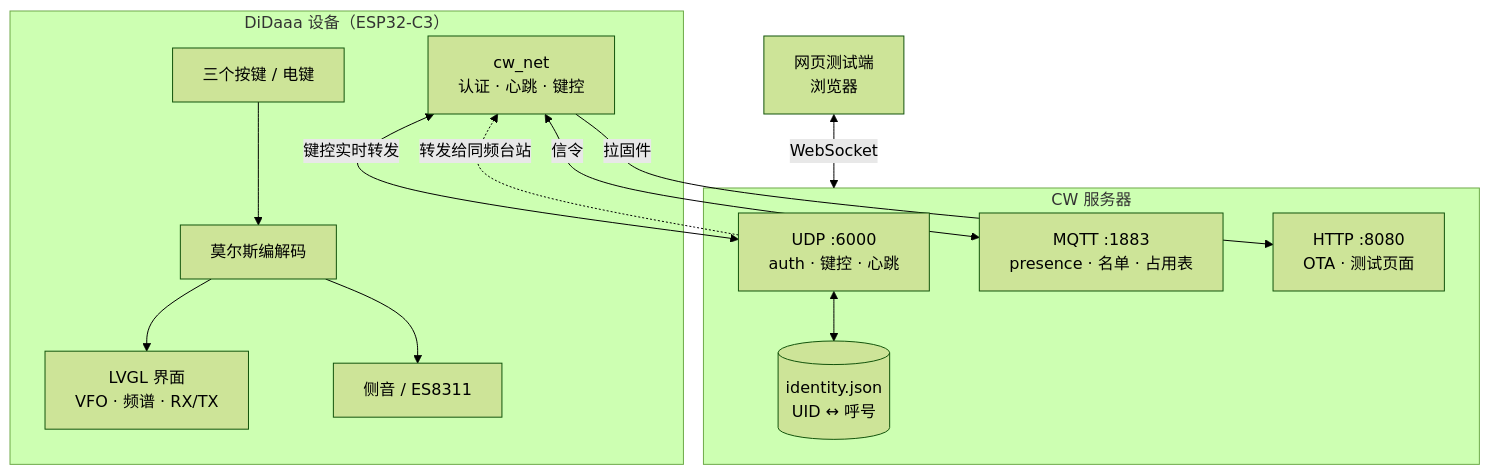
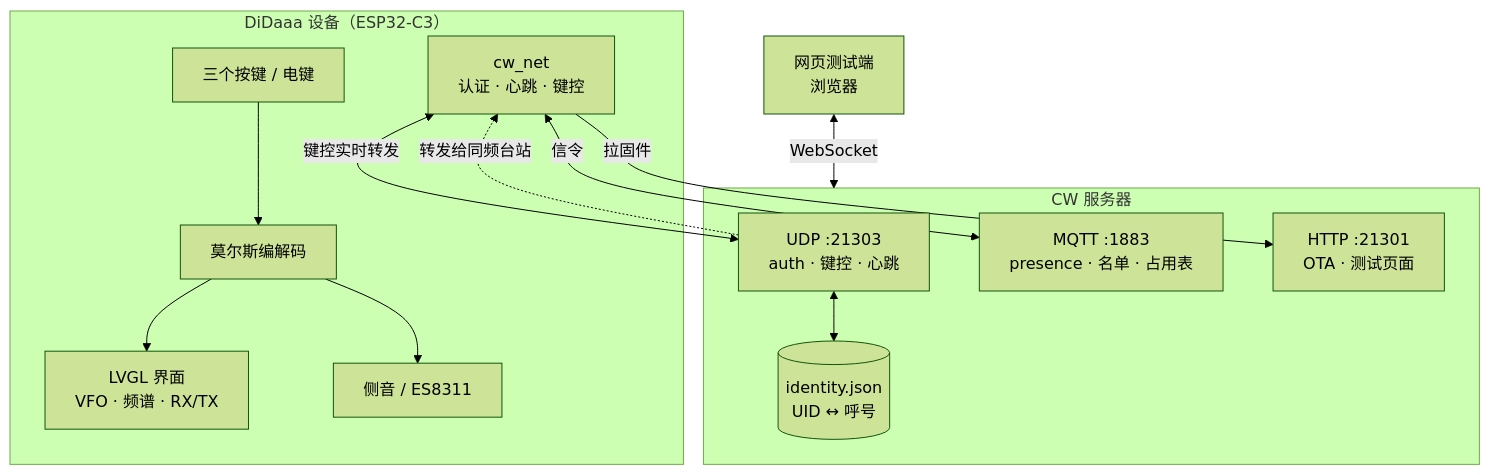
One commit to subooku/didaaa changed the second of 2 diagrams in README.md. Above: the diagram before and after it, drawn with Mermaid (forest theme). The commit also changed other lines of this file and 17 other files, not shown here.

````diff
--- a/README.md
+++ b/README.md
@@ -254,27 +254,27 @@
 ```mermaid
 flowchart TB
     subgraph DEV["DiDaaa 设备（ESP32-C3）"]
         KEY[三个按键 / 电键]
         UI[LVGL 界面<br/>VFO · 频谱 · RX/TX]
         MORSE[莫尔斯编解码]
         AUDIO[侧音 / ES8311]
         NET[cw_net<br/>认证 · 心跳 · 键控]
         KEY --> MORSE --> UI
         MORSE --> AUDIO
     end
 
     subgraph SRV["CW 服务器"]
-        UDP["UDP :6000<br/>auth · 键控 · 心跳"]
+        UDP["UDP :21303<br/>auth · 键控 · 心跳"]
         MQTT["MQTT :1883<br/>presence · 名单 · 占用表"]
-        HTTP["HTTP :8080<br/>OTA · 测试页面"]
+        HTTP["HTTP :21301<br/>OTA · 测试页面"]
         IDDB[("identity.json<br/>UID ↔ 呼号")]
         UDP <--> IDDB
     end
 
     NET <-->|键控实时转发| UDP
     NET <-->|信令| MQTT
     NET -->|拉固件| HTTP
     UDP -.->|转发给同频台站| NET
 
     WEB[网页测试端<br/>浏览器] <-->|WebSocket| SRV
 ```
````
